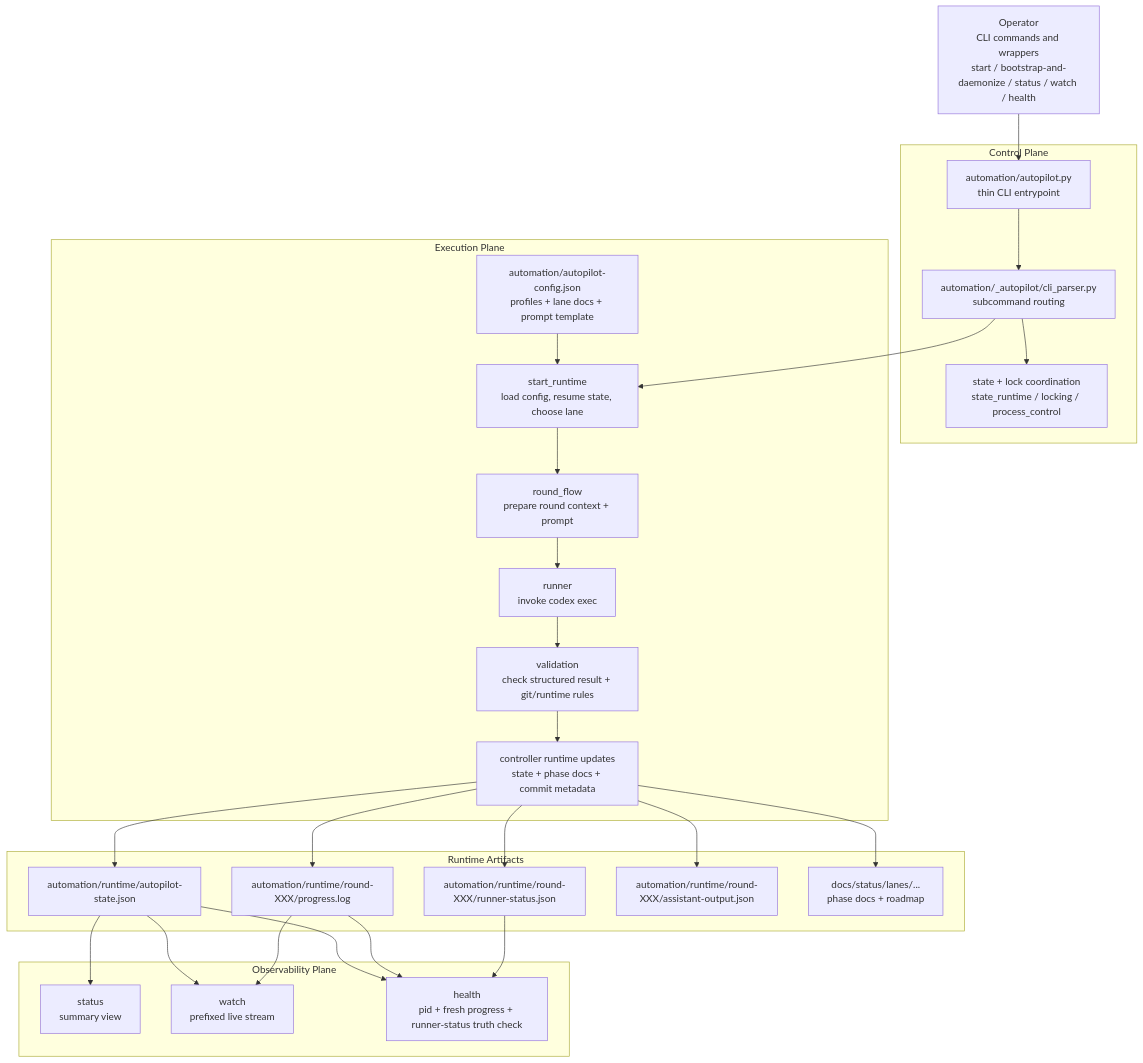
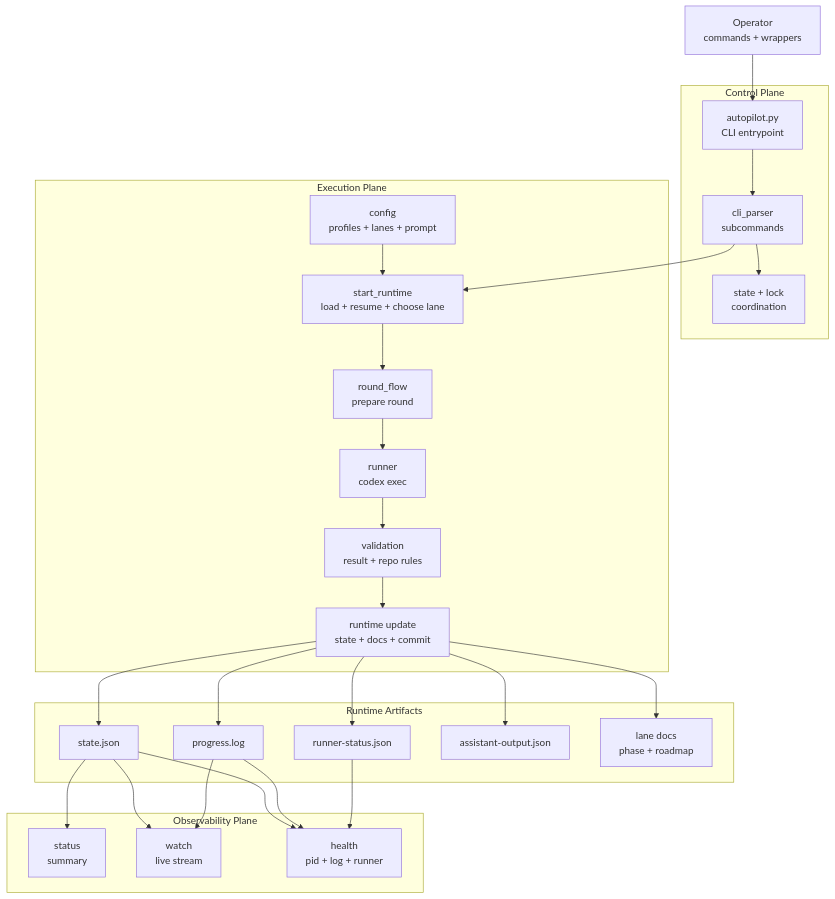
One commit to OCDcreator/my-skills changed the first of 2 diagrams in custom/codex-autopilot-scaffold/RUNTIME-ARCHITECTURE.md. Above: the diagram before and after it, drawn with Mermaid. The commit also changed other lines of this file and 2 other files, not shown here.

Commit message:
docs: add Chinese autopilot runtime architecture guide

````diff
--- a/custom/codex-autopilot-scaffold/RUNTIME-ARCHITECTURE.md
+++ b/custom/codex-autopilot-scaffold/RUNTIME-ARCHITECTURE.md
@@ -16,54 +18,54 @@
 ```mermaid
 flowchart TD
-    Operator["Operator<br/>CLI commands and wrappers<br/>start / bootstrap-and-daemonize / status / watch / health"]
+    Operator["Operator<br/>commands + wrappers"]
 
     subgraph Control["Control Plane"]
-        CLI["automation/autopilot.py<br/>thin CLI entrypoint"]
-        Parser["automation/_autopilot/cli_parser.py<br/>subcommand routing"]
-        StateLock["state + lock coordination<br/>state_runtime / locking / process_control"]
+        CLI["autopilot.py<br/>CLI entrypoint"]
+        Parser["cli_parser<br/>subcommands"]
+        StateLock["state + lock<br/>coordination"]
     end
 
     subgraph Execution["Execution Plane"]
-        Config["automation/autopilot-config.json<br/>profiles + lane docs + prompt template"]
-        Start["start_runtime<br/>load config, resume state, choose lane"]
-        Round["round_flow<br/>prepare round context + prompt"]
-        Runner["runner<br/>invoke codex exec"]
-        Validation["validation<br/>check structured result + git/runtime rules"]
-        Update["controller runtime updates<br/>state + phase docs + commit metadata"]
+        Config["config<br/>profiles + lanes + prompt"]
+        Start["start_runtime<br/>load + resume + choose lane"]
+        Round["round_flow<br/>prepare round"]
+        Runner["runner<br/>codex exec"]
+        Validation["validation<br/>result + repo rules"]
+        Update["runtime update<br/>state + docs + commit"]
     end
 
     subgraph Runtime["Runtime Artifacts"]
-        StateFile["automation/runtime/autopilot-state.json"]
-        Progress["automation/runtime/round-XXX/progress.log"]
-        RunnerStatus["automation/runtime/round-XXX/runner-status.json"]
-        Output["automation/runtime/round-XXX/assistant-output.json"]
-        LaneDocs["docs/status/lanes/...<br/>phase docs + roadmap"]
+        StateFile["state.json"]
+        Progress["progress.log"]
+        RunnerStatus["runner-status.json"]
+        Output["assistant-output.json"]
+        LaneDocs["lane docs<br/>phase + roadmap"]
     end
 
     subgraph Observability["Observability Plane"]
-        Status["status<br/>summary view"]
-        Watch["watch<br/>prefixed live stream"]
-        Health["health<br/>pid + fresh progress + runner-status truth check"]
+        Status["status<br/>summary"]
+        Watch["watch<br/>live stream"]
+        Health["health<br/>pid + log + runner"]
     end
 
     Operator --> CLI
     CLI --> Parser
     Parser --> StateLock
     Parser --> Start
     Config --> Start
     Start --> Round
     Round --> Runner
     Runner --> Validation
     Validation --> Update
     Update --> StateFile
     Update --> Progress
     Update --> RunnerStatus
     Update --> Output
     Update --> LaneDocs
     StateFile --> Status
     StateFile --> Watch
     Progress --> Watch
     StateFile --> Health
     Progress --> Health
     RunnerStatus --> Health
 ```
````
